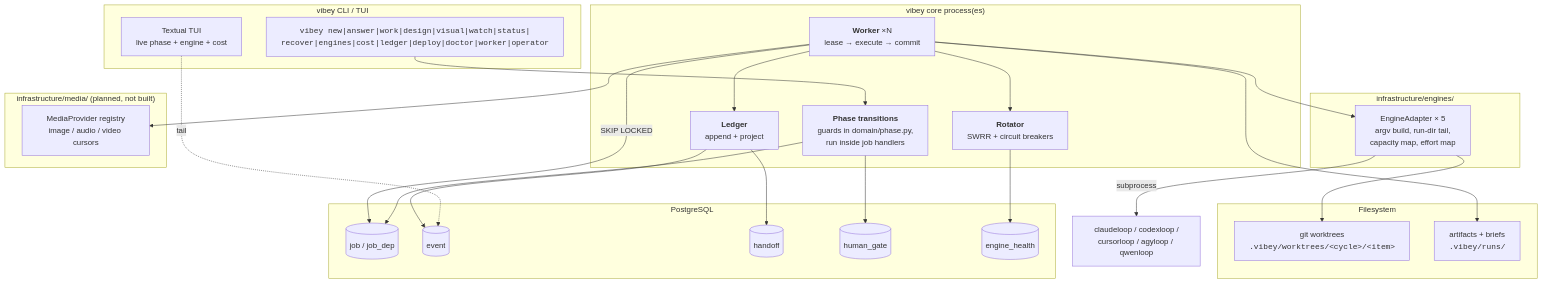
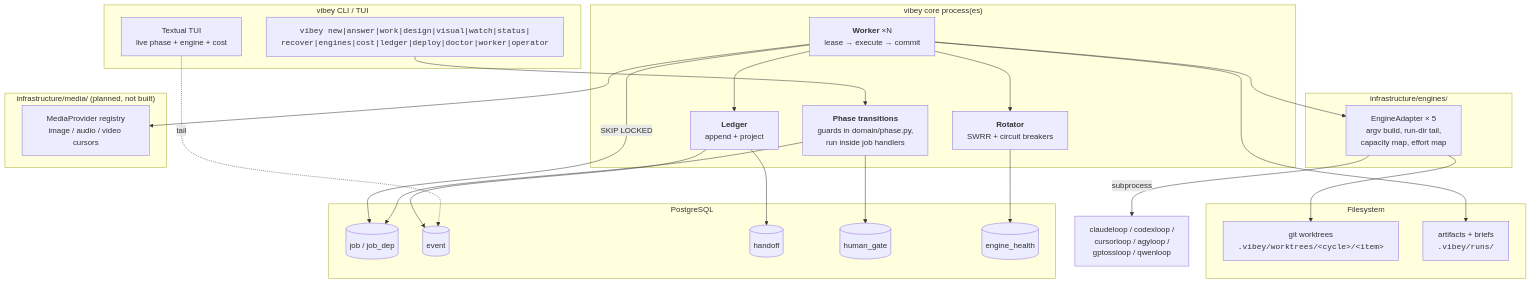
Before and after one commit to the-vibey-project/vibey: the second of 6 diagrams in docs/plans/architecture-and-roadmap.md, drawn with Mermaid. The commit also changed other lines of this file and 167 other files, not shown here.

First line of the commit message:
feat(engines)!: gptossloop is the sovereign engine, and qwenloop is its opt-in Qwen twin (#1146)

````diff
--- a/docs/plans/architecture-and-roadmap.md
+++ b/docs/plans/architecture-and-roadmap.md
@@ -177,51 +185,51 @@
 ```mermaid
 graph TB
     subgraph CLI["vibey CLI / TUI"]
         Cmd["<code>vibey new|answer|work|design|visual|watch|status|<br/>recover|engines|cost|ledger|deploy|doctor|worker|operator</code>"]
         Tui["Textual TUI<br/>live phase + engine + cost"]
     end
 
     subgraph Core["vibey core process(es)"]
         Sup["<b>Phase transitions</b><br/>guards in domain/phase.py,<br/>run inside job handlers"]
         W1["<b>Worker</b> ×N<br/>lease → execute → commit"]
         Rot["<b>Rotator</b><br/>SWRR + circuit breakers"]
         Led["<b>Ledger</b><br/>append + project"]
     end
 
     subgraph Adapters["infrastructure/engines/"]
         Ad["EngineAdapter × 5<br/>argv build, run-dir tail,<br/>capacity map, effort map"]
     end
 
     subgraph MediaAdapters["infrastructure/media/ (planned, not built)"]
         Md["MediaProvider registry<br/>image / audio / video cursors"]
     end
 
     subgraph Store["PostgreSQL"]
         Q[("job / job_dep")]
         E[("event")]
         H[("handoff")]
         G[("human_gate")]
         HE[("engine_health")]
     end
 
     subgraph Work["Filesystem"]
         WT["git worktrees<br/><code>.vibey/worktrees/&lt;cycle&gt;/&lt;item&gt;</code>"]
         Art["artifacts + briefs<br/><code>.vibey/runs/</code>"]
     end
 
     Cmd --> Sup
     Tui -.->|"tail"| E
     Sup --> Q
     W1 -->|"SKIP LOCKED"| Q
     W1 --> Rot
     Rot --> HE
     W1 --> Ad
     W1 --> Md
-    Ad -->|"subprocess"| Ext["claudeloop / codexloop /<br/>cursorloop / agyloop / qwenloop"]
+    Ad -->|"subprocess"| Ext["claudeloop / codexloop /<br/>cursorloop / agyloop /<br/>gptossloop / qwenloop"]
     Ad --> WT
     W1 --> Led
     Led --> E
     Led --> H
     Sup --> G
     W1 --> Art
 ```
````
